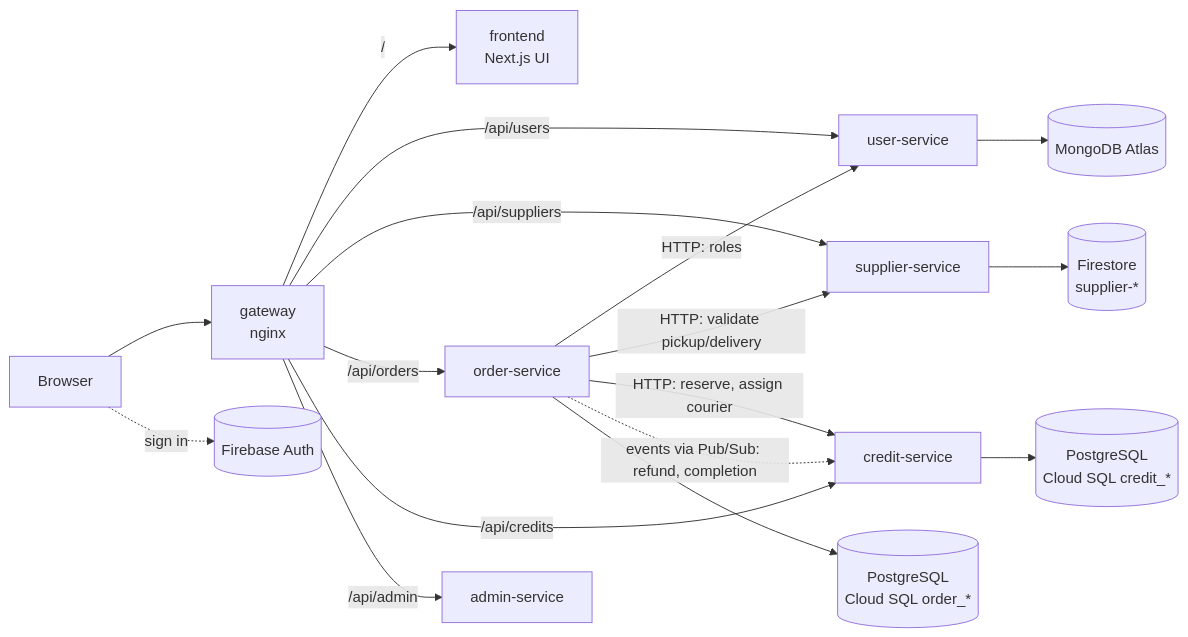
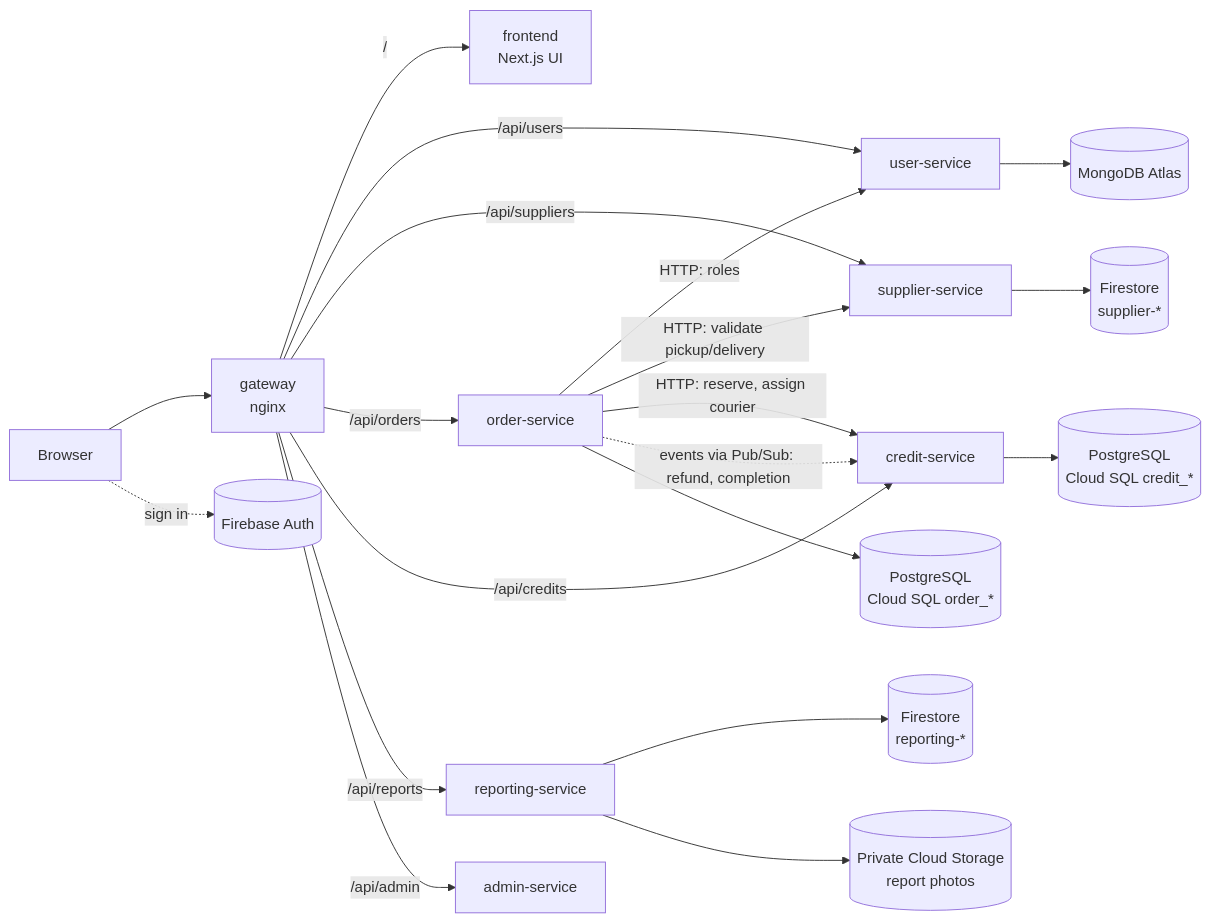
Before and after one commit to Y2627S1-CS3219-P-28/FoC-P28: the diagram in README.md, drawn with Mermaid. The commit also changed other lines of this file and 20 other files, not shown here.

````diff
--- a/README.md
+++ b/README.md
@@ -35,19 +43,22 @@
 ```mermaid
 flowchart LR
   browser[Browser] --> gateway[gateway<br/>nginx]
   gateway -- "/" --> frontend[frontend<br/>Next.js UI]
   gateway -- "/api/users" --> user[user-service]
   gateway -- "/api/suppliers" --> supplier[supplier-service]
   gateway -- "/api/orders" --> order[order-service]
   gateway -- "/api/credits" --> credit[credit-service]
+  gateway -- "/api/reports" --> reporting[reporting-service]
   gateway -- "/api/admin" --> admin[admin-service]
   browser -. "sign in" .-> auth[(Firebase Auth)]
   order -- "HTTP: roles" --> user
   order -- "HTTP: validate pickup/delivery" --> supplier
   order -- "HTTP: reserve, assign courier" --> credit
   order -. "events via Pub/Sub: refund, completion" .-> credit
   supplier --> sdb[(Firestore<br/>supplier-*)]
   order --> odb[(PostgreSQL<br/>Cloud SQL order_*)]
   credit --> cdb[(PostgreSQL<br/>Cloud SQL credit_*)]
+  reporting --> rdb[(Firestore<br/>reporting-*)]
+  reporting --> photos[(Private Cloud Storage<br/>report photos)]
   user --> udb[(MongoDB Atlas)]
 ```
````
